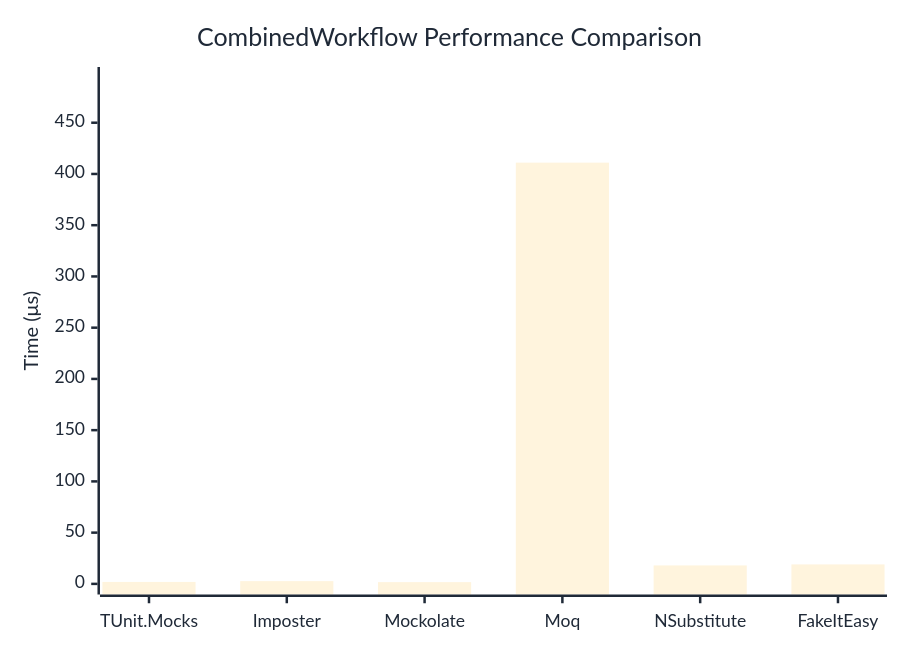
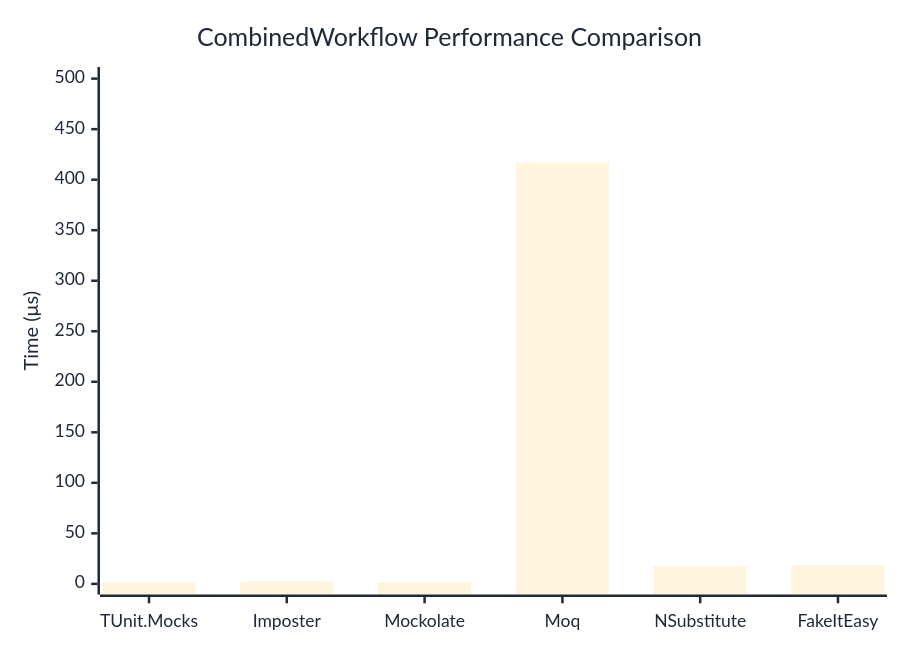
One commit to thomhurst/TUnit changed the diagram in docs/docs/benchmarks/mocks/CombinedWorkflow.md. Above: the diagram before and after it, drawn with Mermaid. The commit also changed other lines of this file and 14 other files, not shown here.

````diff
--- a/docs/docs/benchmarks/mocks/CombinedWorkflow.md
+++ b/docs/docs/benchmarks/mocks/CombinedWorkflow.md
@@ -30,27 +30,27 @@
 ```mermaid
 %%{init: {
   'theme':'base',
   'themeVariables': {
     'primaryColor': '#2563eb',
     'primaryTextColor': '#1f2937',
     'primaryBorderColor': '#1e40af',
     'lineColor': '#6b7280',
     'secondaryColor': '#7c3aed',
     'tertiaryColor': '#dc2626',
     'background': '#ffffff',
     'pie1': '#2563eb',
     'pie2': '#7c3aed',
     'pie3': '#dc2626',
     'pie4': '#f59e0b',
     'pie5': '#10b981',
     'pie6': '#06b6d4',
     'pie7': '#ec4899',
     'pie8': '#6366f1'
   }
 }}%%
 xychart-beta
   title "CombinedWorkflow Performance Comparison"
   x-axis ["TUnit.Mocks", "Imposter", "Mockolate", "Moq", "NSubstitute", "FakeItEasy"]
-  y-axis "Time (μs)" 0 --> 494
-  bar [1.884, 2.689, 1.694, 411.038, 18.002, 18.999]
+  y-axis "Time (μs)" 0 --> 501
+  bar [1.908, 2.646, 1.745, 416.873, 17.427, 18.438]
 ```
````
